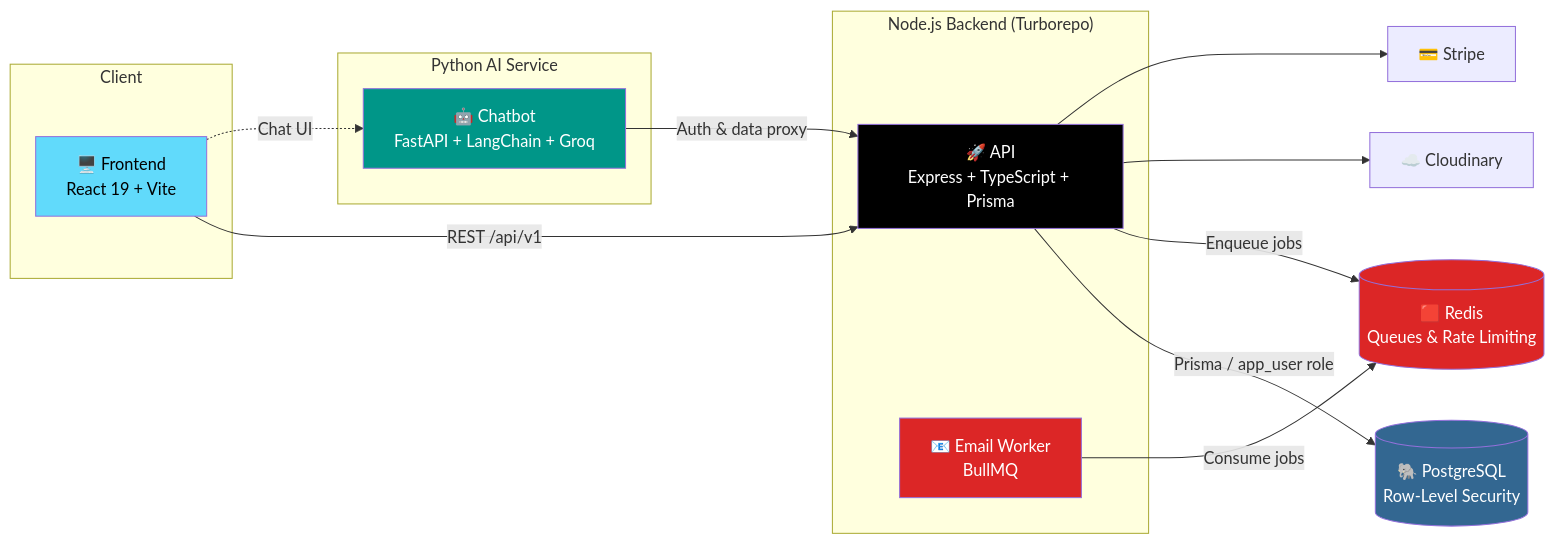
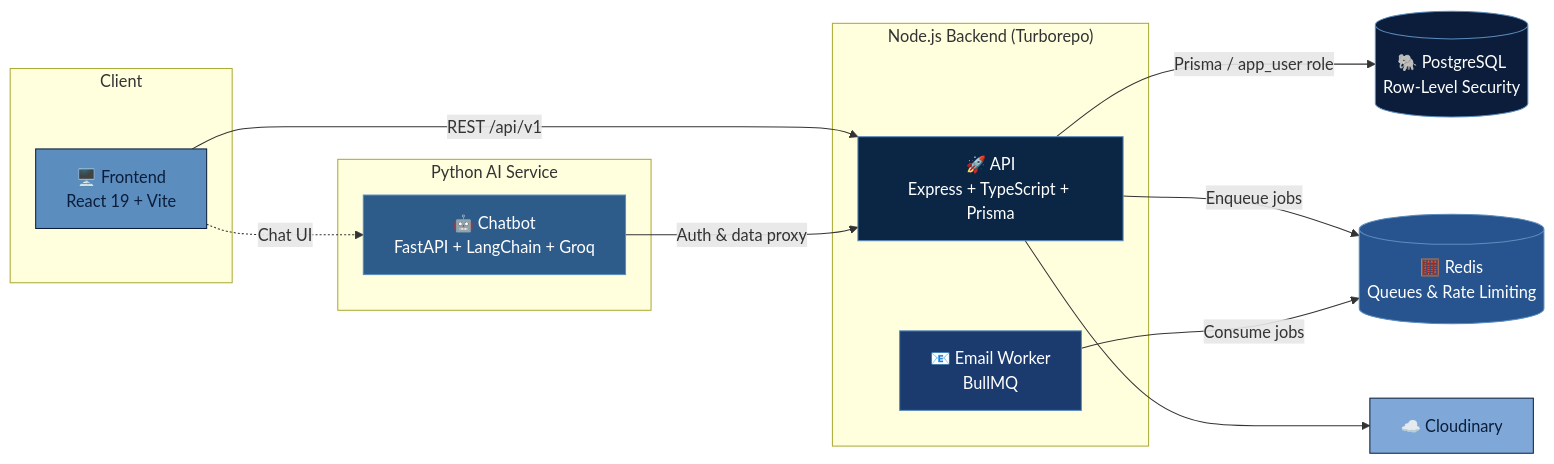
One commit to salma-fahmy/UniQ-Student-Affairs-Platform changed the diagram in README.md. Above: the diagram before and after it, drawn with Mermaid. The commit also changed other lines of this file, not shown here.

````diff
--- a/README.md
+++ b/README.md
@@ -50,36 +52,35 @@
 ```mermaid
 flowchart LR
     subgraph Client
         FE["🖥️ Frontend<br/>React 19 + Vite"]
     end
 
     subgraph Backend["Node.js Backend (Turborepo)"]
         API["🚀 API<br/>Express + TypeScript + Prisma"]
         WORKER["📧 Email Worker<br/>BullMQ"]
     end
 
     subgraph AI["Python AI Service"]
         BOT["🤖 Chatbot<br/>FastAPI + LangChain + Groq"]
     end
 
     DB[("🐘 PostgreSQL<br/>Row-Level Security")]
-    REDIS[("🟥 Redis<br/>Queues & Rate Limiting")]
+    REDIS[("🧮 Redis<br/>Queues & Rate Limiting")]
     CLOUD["☁️ Cloudinary"]
-    STRIPE["💳 Stripe"]
 
     FE -->|REST /api/v1| API
     FE -.->|Chat UI| BOT
     API -->|Prisma / app_user role| DB
     API -->|Enqueue jobs| REDIS
     WORKER -->|Consume jobs| REDIS
     API --> CLOUD
-    API --> STRIPE
     BOT -->|Auth & data proxy| API
 
-    style FE fill:#61DAFB,color:#000
-    style API fill:#000,color:#fff
-    style WORKER fill:#DC2626,color:#fff
-    style BOT fill:#009688,color:#fff
-    style DB fill:#336791,color:#fff
-    style REDIS fill:#DC2626,color:#fff
+    style FE fill:#5B8DBE,color:#0B1D3A,stroke:#0B1D3A,stroke-width:1px
+    style API fill:#0B2545,color:#fff,stroke:#5B8DBE,stroke-width:1px
+    style WORKER fill:#1B3B6F,color:#fff,stroke:#5B8DBE,stroke-width:1px
+    style BOT fill:#2E5C8A,color:#fff,stroke:#5B8DBE,stroke-width:1px
+    style DB fill:#0B1D3A,color:#fff,stroke:#5B8DBE,stroke-width:1px
+    style REDIS fill:#27548F,color:#fff,stroke:#5B8DBE,stroke-width:1px
+    style CLOUD fill:#7FA8D9,color:#0B1D3A,stroke:#0B1D3A,stroke-width:1px
 ```
````
